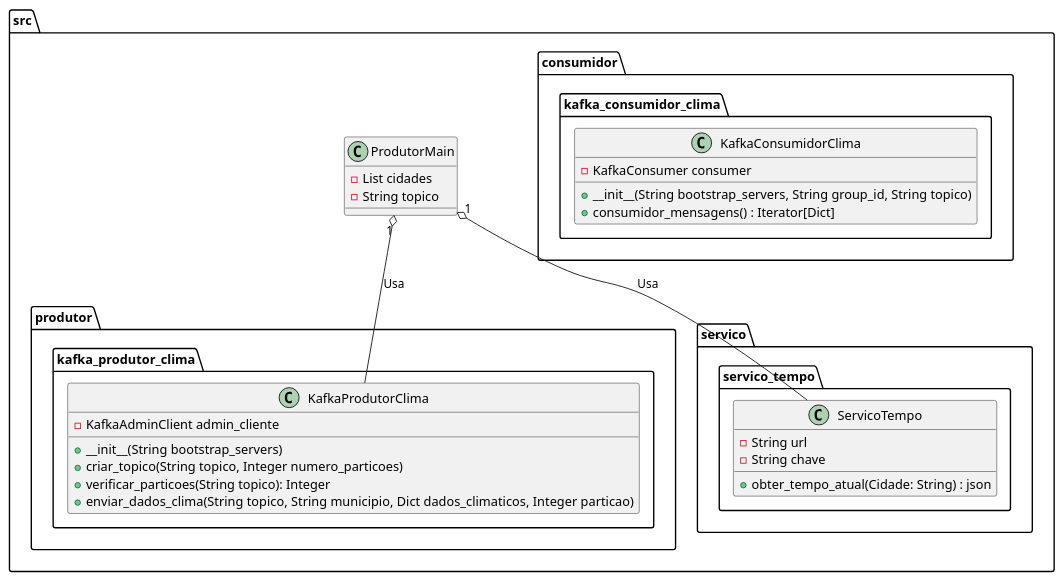
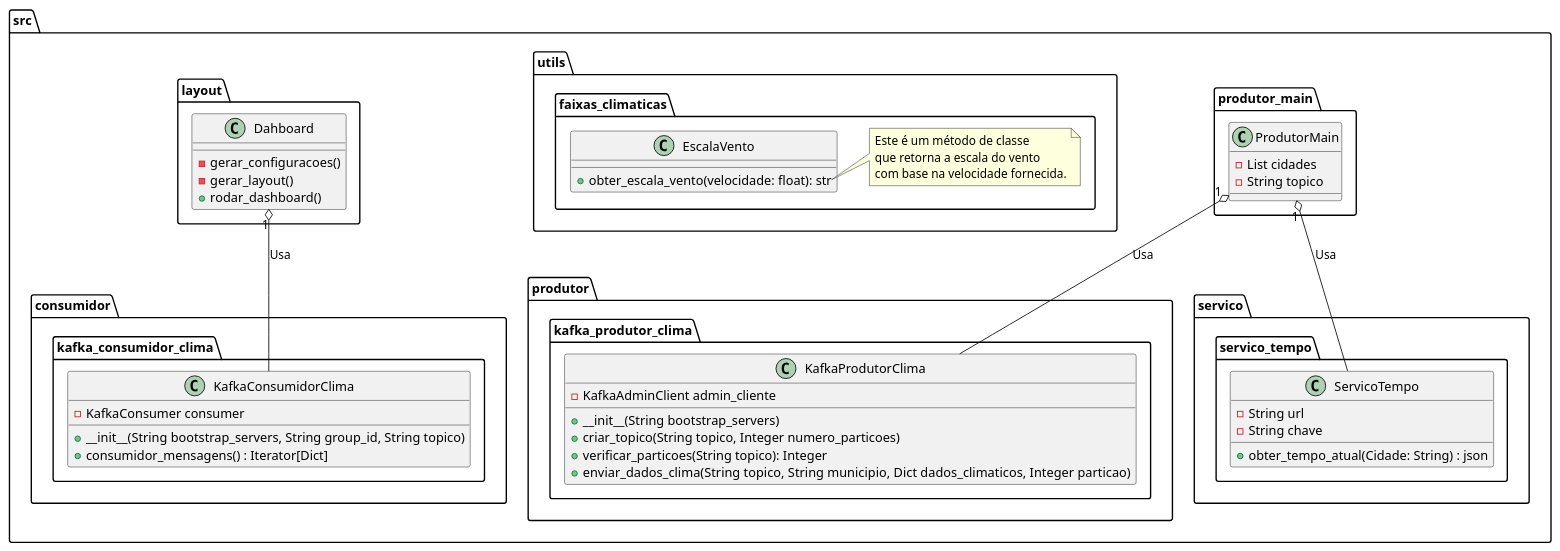
One commit to rodrigorocha1/monitoramento_clima_tempo_real changed the diagram in teste.plantuml. Above: the diagram before and after it, drawn with PlantUML. The commit also changed 2 other files, not shown here.

```diff
--- a/teste.plantuml
+++ b/teste.plantuml
@@ -1,46 +1,73 @@
 @startuml teste
 
 package src {
     package consumidor {
         package kafka_consumidor_clima {
             class KafkaConsumidorClima {
                 + __init__(String bootstrap_servers, String group_id, String topico)
                 - KafkaConsumer consumer
                 + consumidor_mensagens() : Iterator[Dict]
             }
         }
     }
 
     package produtor {
         package kafka_produtor_clima {
             class KafkaProdutorClima {
                 + __init__(String bootstrap_servers)
                 - KafkaAdminClient admin_cliente
                 + criar_topico(String topico, Integer numero_particoes)
                 + verificar_particoes(String topico): Integer
                 + enviar_dados_clima(String topico, String municipio, Dict dados_climaticos,  Integer particao)
             }
         }
     }
 
     package servico.servico_tempo {
         class ServicoTempo {
             - String url 
             - String chave
             + obter_tempo_atual(Cidade: String) : json
         }
     }
 
-    class ProdutorMain {
-
+    package produtor_main {
+        class ProdutorMain {
         - List cidades
         - String topico
- 
+        }
+    }
 
     
+
+
+    package src.utils.faixas_climaticas{
+        class EscalaVento {
+            + obter_escala_vento(velocidade: float): str
+        }
+
+        note right of EscalaVento::obter_escala_vento
+            Este é um método de classe
+            que retorna a escala do vento
+            com base na velocidade fornecida.
+        end note
+
     }
+
+    package layout {
+        class Dahboard {
+            - gerar_configuracoes()
+            - gerar_layout()
+            + rodar_dashboard()
+
+        }
+    }
+
     ProdutorMain "1" o-- KafkaProdutorClima: Usa
     ProdutorMain "1" o-- ServicoTempo: Usa
+    Dahboard "1" o-- KafkaConsumidorClima: Usa
+
+
 }
 
 @enduml
```
